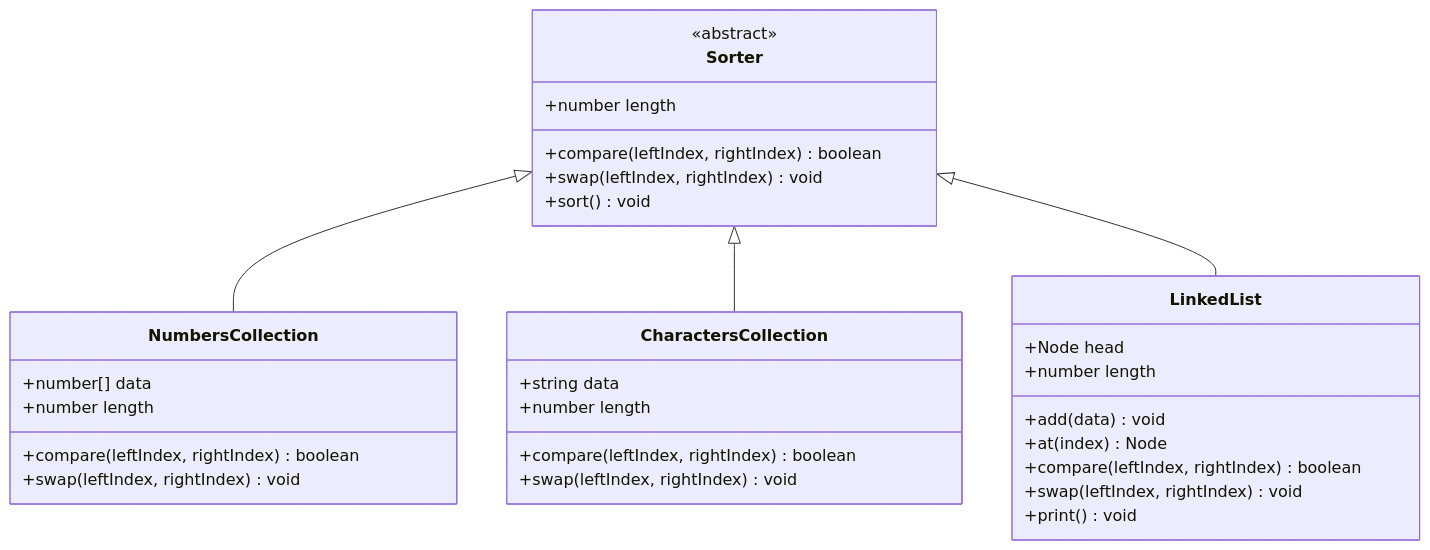
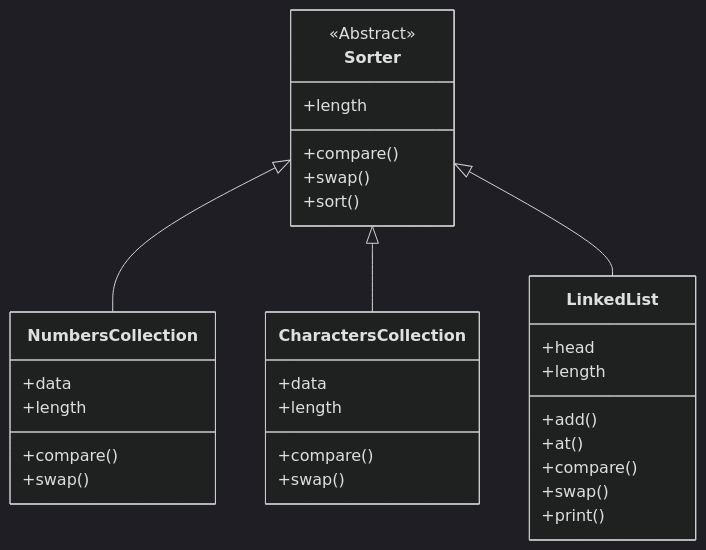
Before and after one commit to enwolf/Typescript-Exercises: the diagram in Sort/README.md, drawn with Mermaid.

Commit message:
Updated File: README.md
Added Fix for Dark Mode Issue With Class Diagram

````diff
--- a/Sort/README.md
+++ b/Sort/README.md
@@ -11,34 +11,36 @@
 ```mermaid
+%%{init: {'theme': 'dark'}}%%
 classDiagram
     class Sorter {
-        <<abstract>>
-        +number length
-        +compare(leftIndex, rightIndex) boolean
-        +swap(leftIndex, rightIndex) void
-        +sort() void
+        <<Abstract>>
+        +length
+        +compare()
+        +swap()
+        +sort()
     }
     class NumbersCollection {
-        +number[] data
-        +number length
-        +compare(leftIndex, rightIndex) boolean
-        +swap(leftIndex, rightIndex) void
+        +data
+        +length
+        +compare()
+        +swap()
     }
     class CharactersCollection {
-        +string data
-        +number length
-        +compare(leftIndex, rightIndex) boolean
-        +swap(leftIndex, rightIndex) void
+        +data
+        +length
+        +compare()
+        +swap()
     }
     class LinkedList {
-        +Node head
-        +number length
-        +add(data) void
-        +at(index) Node
-        +compare(leftIndex, rightIndex) boolean
-        +swap(leftIndex, rightIndex) void
-        +print() void
+        +head
+        +length
+        +add()
+        +at()
+        +compare()
+        +swap()
+        +print()
     }
     Sorter <|-- NumbersCollection
     Sorter <|-- CharactersCollection
     Sorter <|-- LinkedList
+
 ```
````
